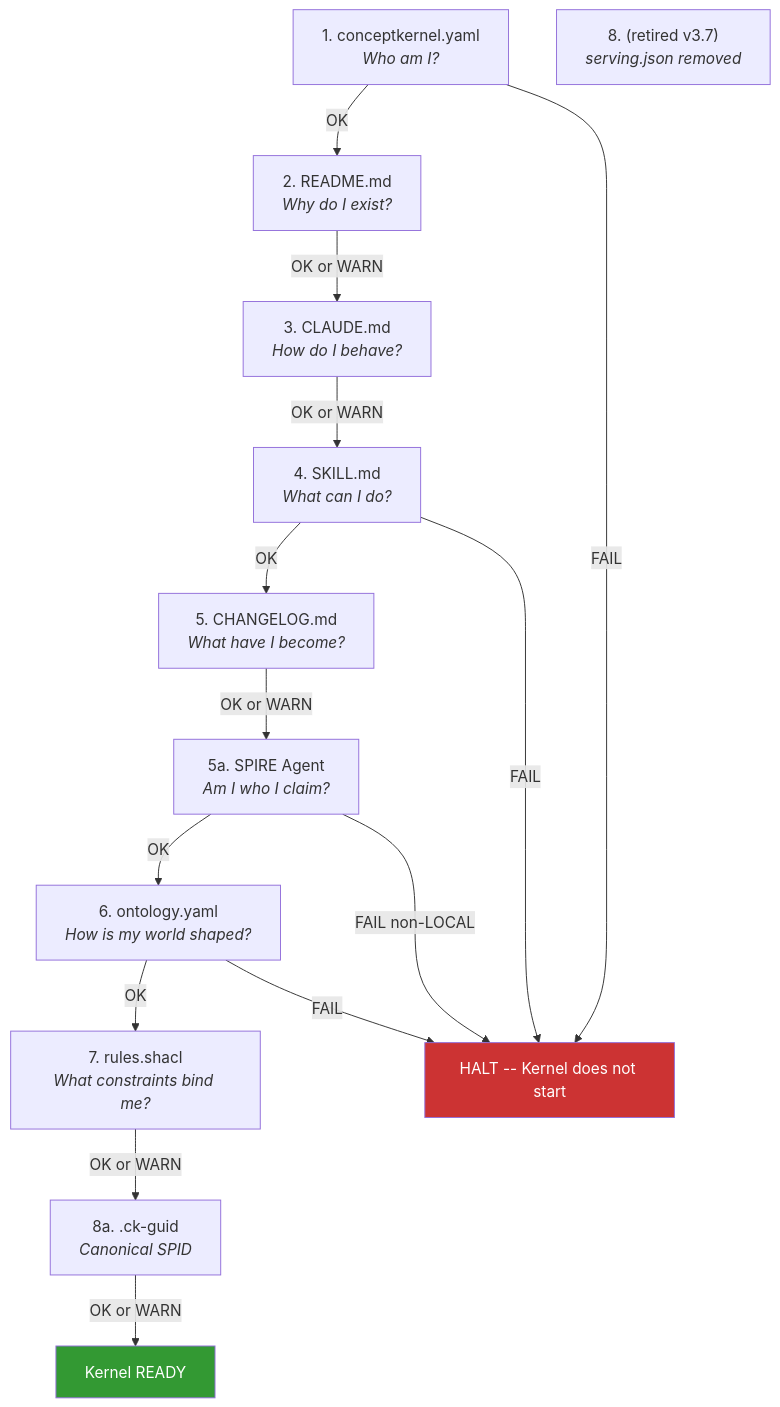
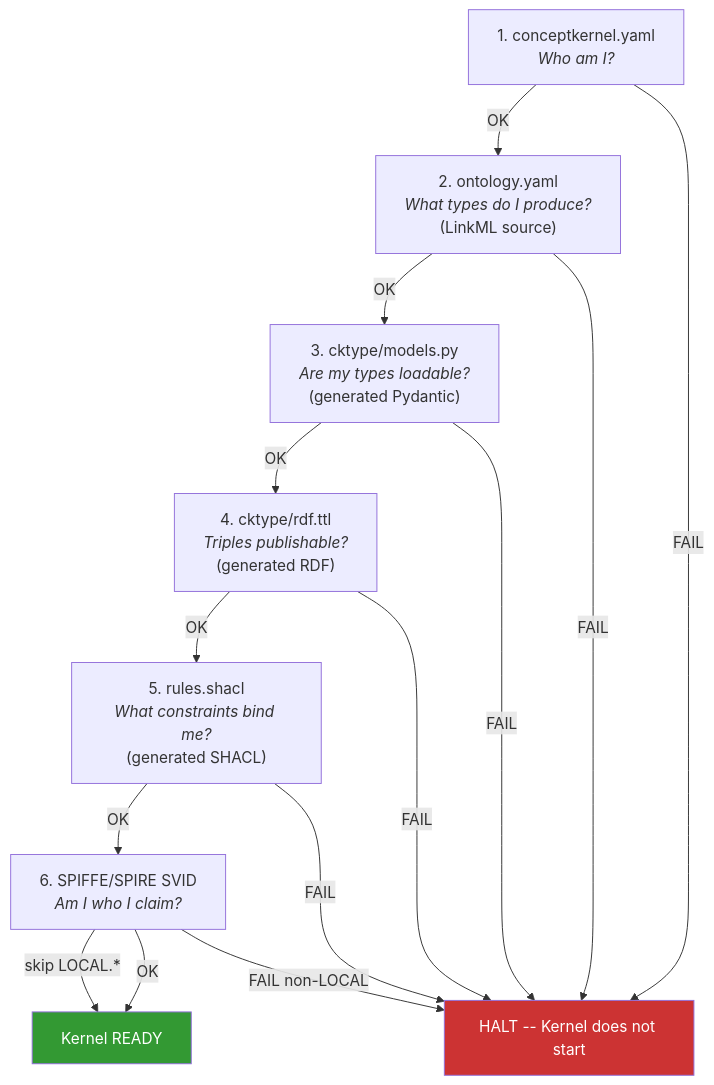
The diagram in docs/v3.7/ck-loop.md (ConceptKernel/conceptkernel.github.io), drawn with Mermaid before and after one commit. The commit also changed other lines of this file and 3 other files, not shown here.

````diff
--- a/docs/v3.7/ck-loop.md
+++ b/docs/v3.7/ck-loop.md
@@ -39,32 +40,28 @@
 ```mermaid
 graph TD
     S1["1. conceptkernel.yaml<br/><em>Who am I?</em>"]
-    S2["2. README.md<br/><em>Why do I exist?</em>"]
-    S3["3. CLAUDE.md<br/><em>How do I behave?</em>"]
-    S4["4. SKILL.md<br/><em>What can I do?</em>"]
-    S5["5. CHANGELOG.md<br/><em>What have I become?</em>"]
-    S5a["5a. SPIRE Agent<br/><em>Am I who I claim?</em>"]
-    S6["6. ontology.yaml<br/><em>How is my world shaped?</em>"]
-    S7["7. rules.shacl<br/><em>What constraints bind me?</em>"]
-    S8["8. (retired v3.7)<br/><em>serving.json removed</em>"]
-    S8a["8a. .ck-guid<br/><em>Canonical SPID</em>"]
+    S2["2. ontology.yaml<br/><em>What types do I produce?</em><br/>(LinkML source)"]
+    S3["3. cktype/models.py<br/><em>Are my types loadable?</em><br/>(generated Pydantic)"]
+    S4["4. cktype/rdf.ttl<br/><em>Triples publishable?</em><br/>(generated RDF)"]
+    S5["5. rules.shacl<br/><em>What constraints bind me?</em><br/>(generated SHACL)"]
+    S6["6. SPIFFE/SPIRE SVID<br/><em>Am I who I claim?</em>"]
     FAIL["HALT -- Kernel does not start"]
     READY["Kernel READY"]
 
     S1 -->|OK| S2
     S1 -->|FAIL| FAIL
-    S2 -->|OK or WARN| S3
-    S3 -->|OK or WARN| S4
+    S2 -->|OK| S3
+    S2 -->|FAIL| FAIL
+    S3 -->|OK| S4
+    S3 -->|FAIL| FAIL
     S4 -->|OK| S5
     S4 -->|FAIL| FAIL
-    S5 -->|OK or WARN| S5a
-    S5a -->|OK| S6
-    S5a -->|FAIL non-LOCAL| FAIL
-    S6 -->|OK| S7
-    S6 -->|FAIL| FAIL
-    S7 -->|OK or WARN| S8a
-    S8a -->|OK or WARN| READY
+    S5 -->|OK| S6
+    S5 -->|FAIL| FAIL
+    S6 -->|OK| READY
+    S6 -->|FAIL non-LOCAL| FAIL
+    S6 -->|skip LOCAL.*| READY
 
     style FAIL fill:#cc3333,color:#fff
     style READY fill:#339933,color:#fff
 ```
````
